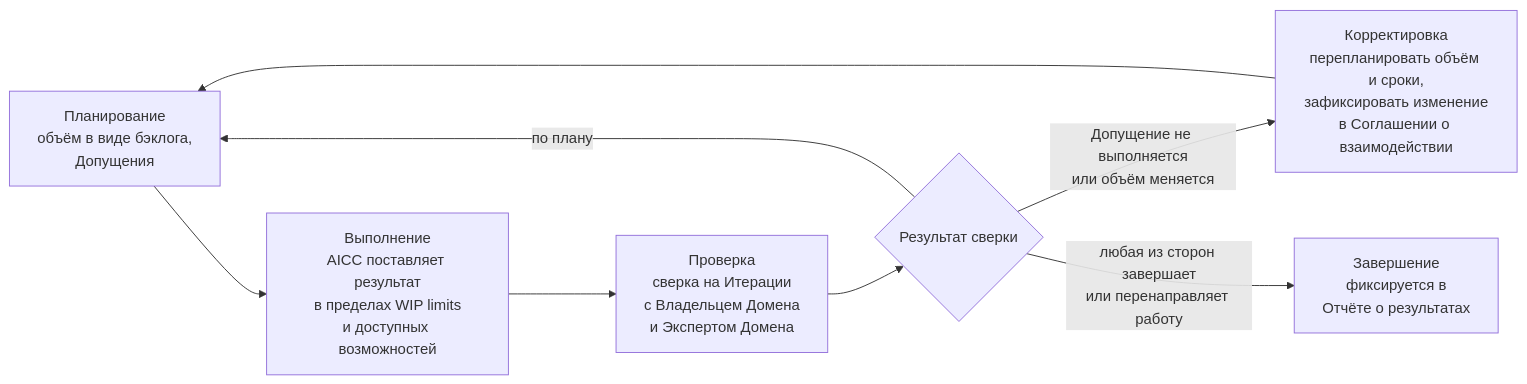
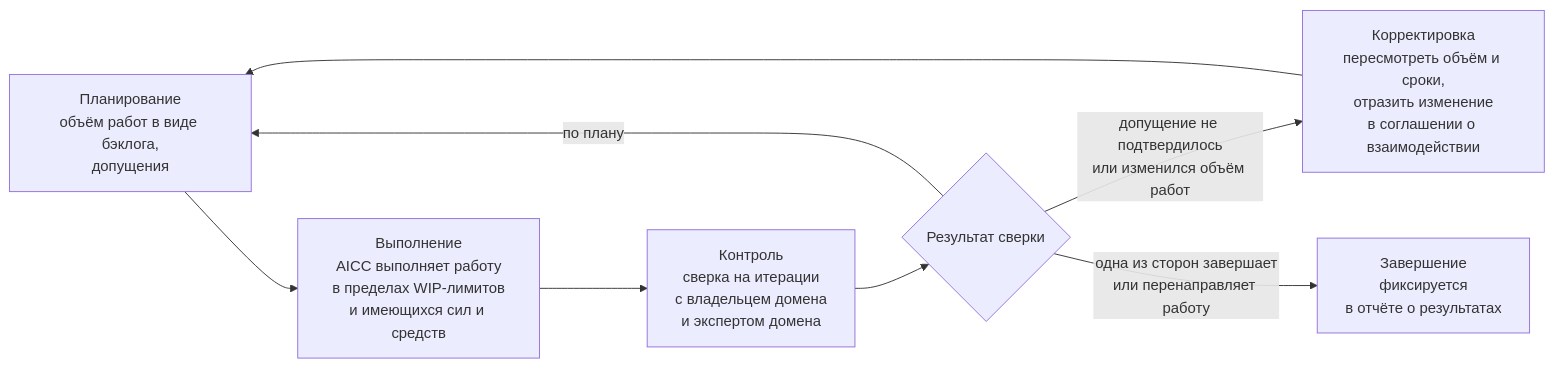
The third of 4 diagrams in charter/ru/guides/engagement-guide.md (devhogu/ob-aicc), drawn with Mermaid before and after one commit. The commit also changed other lines of this file and 6 other files, not shown here.

````diff
--- a/charter/ru/guides/engagement-guide.md
+++ b/charter/ru/guides/engagement-guide.md
@@ -88,10 +88,10 @@
 ```mermaid
 flowchart LR
-  PL["Планирование<br/>объём в виде бэклога,<br/>Допущения"] --> DO["Выполнение<br/>AICC поставляет результат<br/>в пределах WIP limits<br/>и доступных возможностей"]
-  DO --> CH["Проверка<br/>сверка на Итерации<br/>с Владельцем Домена<br/>и Экспертом Домена"]
+  PL["Планирование<br/>объём работ в виде бэклога,<br/>допущения"] --> DO["Выполнение<br/>AICC выполняет работу<br/>в пределах WIP-лимитов<br/>и имеющихся сил и средств"]
+  DO --> CH["Контроль<br/>сверка на итерации<br/>с владельцем домена<br/>и экспертом домена"]
   CH --> DEC{"Результат сверки"}
   DEC -->|"по плану"| PL
-  DEC -->|"Допущение не выполняется<br/>или объём меняется"| AM["Корректировка<br/>перепланировать объём и сроки,<br/>зафиксировать изменение<br/>в Соглашении о взаимодействии"]
+  DEC -->|"допущение не подтвердилось<br/>или изменился объём работ"| AM["Корректировка<br/>пересмотреть объём и сроки,<br/>отразить изменение<br/>в соглашении о взаимодействии"]
   AM --> PL
-  DEC -->|"любая из сторон завершает<br/>или перенаправляет работу"| EN["Завершение<br/>фиксируется в<br/>Отчёте о результатах"]
+  DEC -->|"одна из сторон завершает<br/>или перенаправляет работу"| EN["Завершение<br/>фиксируется<br/>в отчёте о результатах"]
 ```
````
